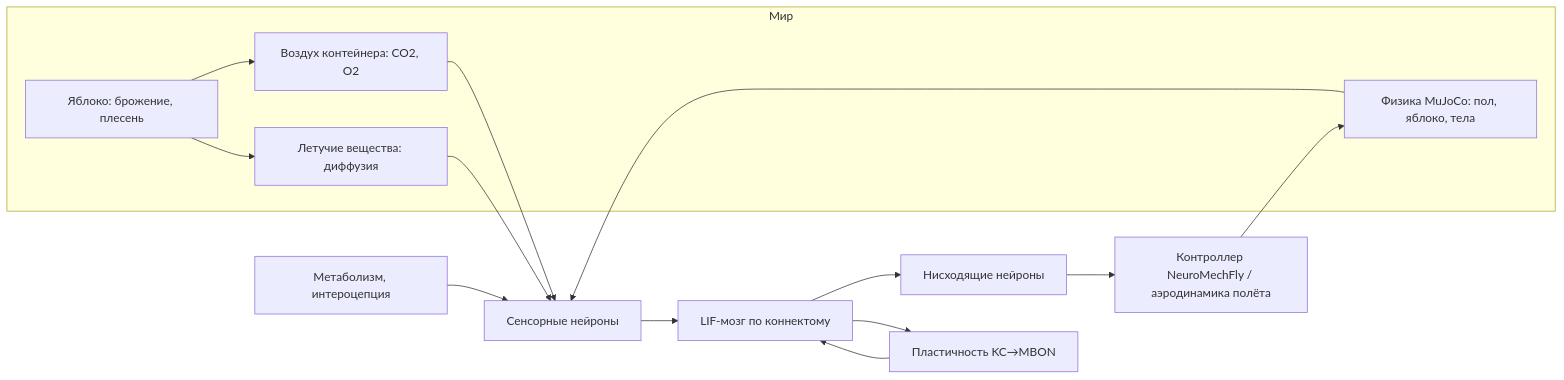
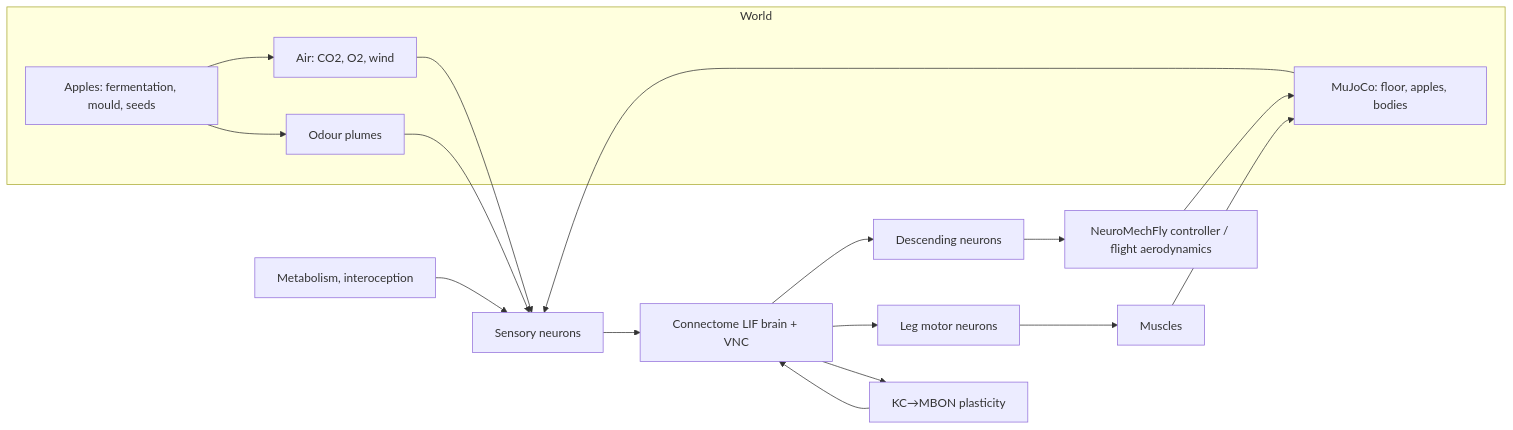
One commit to Excess-Lab/Fly-Sim changed the diagram in README.md. Above: the diagram before and after it, drawn with Mermaid. The commit also changed other lines of this file and 5 other files, not shown here.

````diff
--- a/README.md
+++ b/README.md
@@ -207,18 +185,19 @@
 ```mermaid
 flowchart LR
-  subgraph Мир
-    A[Яблоко: брожение, плесень] --> AIR[Воздух контейнера: CO2, O2]
-    A --> OD[Летучие вещества: диффузия]
-    PHY[Физика MuJoCo: пол, яблоко, тела]
+  subgraph World
+    A[Apples: fermentation, mould, seeds] --> AIR[Air: CO2, O2, wind]
+    A --> OD[Odour plumes]
+    PHY[MuJoCo: floor, apples, bodies]
   end
-  OD --> S[Сенсорные нейроны]
+  OD --> S[Sensory neurons]
   AIR --> S
   PHY --> S
-  S --> B[LIF-мозг по коннектому]
-  M[Метаболизм, интероцепция] --> S
-  B --> DN[Нисходящие нейроны]
-  DN --> C[Контроллер NeuroMechFly / аэродинамика полёта]
+  S --> B[Connectome LIF brain + VNC]
+  M[Metabolism, interoception] --> S
+  B --> DN[Descending neurons]
+  B --> MN[Leg motor neurons]
+  DN --> C[NeuroMechFly controller / flight aerodynamics]
+  MN --> MU[Muscles] --> PHY
   C --> PHY
-  B --> P[Пластичность KC→MBON]
-  P --> B
+  B --> P[KC→MBON plasticity] --> B
 ```
````
